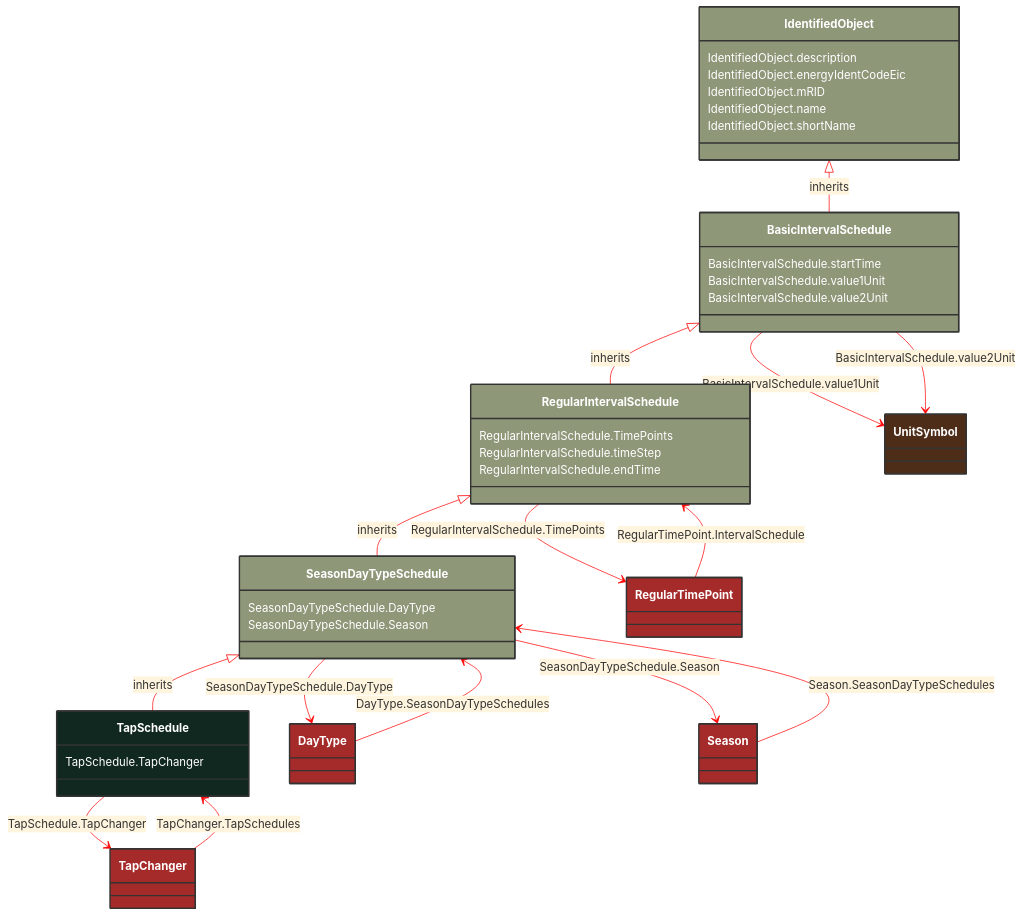
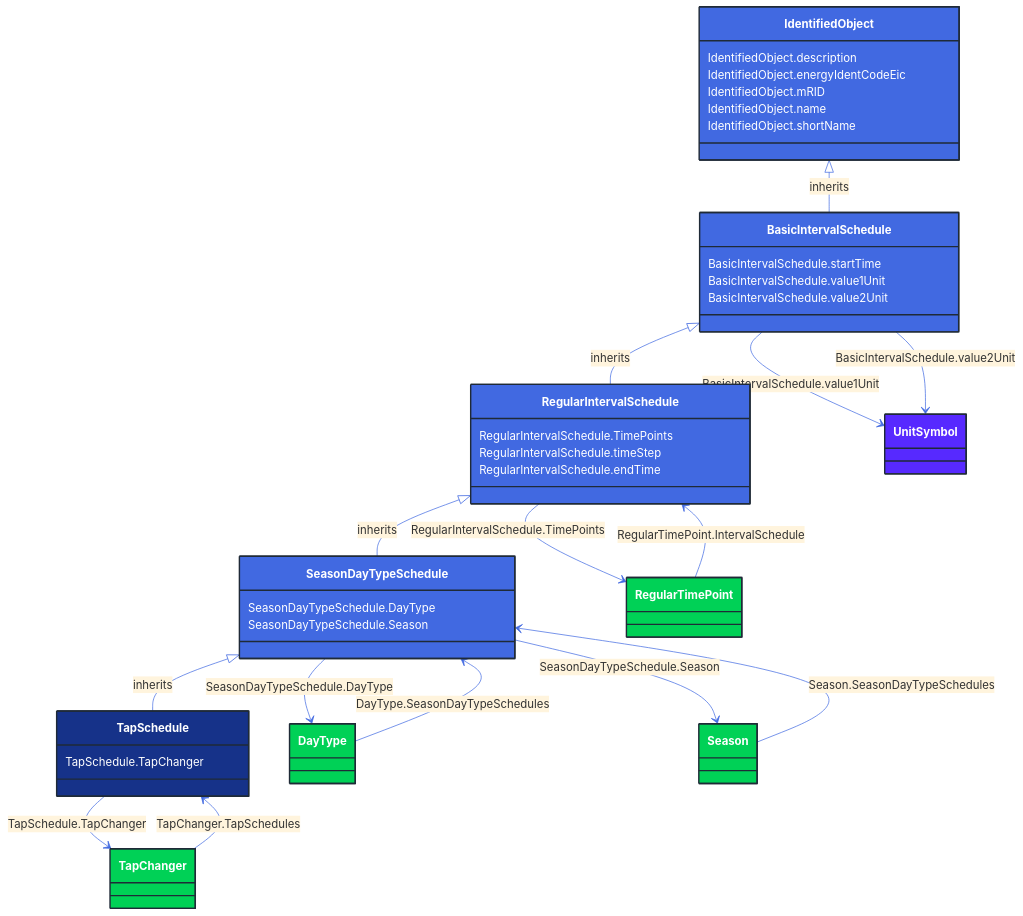
The diagram in docs/Models/Profiles/CoreEquipment/AbstractClasses/TapSchedule.md (3lbits/NoCIMExtensions), drawn with Mermaid before and after one commit. The commit also changed 362 other files, not shown here.

First line of the commit message:
Update diagrams and styles for improved visual consistency

````diff
--- a/docs/Models/Profiles/CoreEquipment/AbstractClasses/TapSchedule.md
+++ b/docs/Models/Profiles/CoreEquipment/AbstractClasses/TapSchedule.md
@@ -10,81 +10,81 @@
 ```mermaid
-%%{init: {'theme':'base','themeVariables': {'lineColor': '#FF0000'}}}%%
+%%{init: {'theme':'base','themeVariables': {'lineColor': '#4169E1'}}}%%
 classDiagram
     class TapSchedule
     click TapSchedule href "/Models/Profiles/CoreEquipment/AbstractClasses/TapSchedule/"
-    style TapSchedule fill:#102820,stroke:#333,stroke-width:2px,rx:10,ry:10,color:white
+    style TapSchedule fill:#163289,stroke:#1F2A37,stroke-width:2px,rx:10,ry:10,color:white
      
         SeasonDayTypeSchedule <|-- TapSchedule : inherits
             click SeasonDayTypeSchedule href "/Models/Profiles/CoreEquipment/AbstractClasses/SeasonDayTypeSchedule/"
-            style SeasonDayTypeSchedule fill:#8F9779,stroke:#333,stroke-width:2px,rx:10,ry:10,color:white
+            style SeasonDayTypeSchedule fill:#4169E1,stroke:#1F2A37,stroke-width:2px,rx:10,ry:10,color:white
      
         RegularIntervalSchedule <|-- SeasonDayTypeSchedule : inherits
             click RegularIntervalSchedule href "/Models/Profiles/CoreEquipment/AbstractClasses/RegularIntervalSchedule/"
-            style RegularIntervalSchedule fill:#8F9779,stroke:#333,stroke-width:2px,rx:10,ry:10,color:white
+            style RegularIntervalSchedule fill:#4169E1,stroke:#1F2A37,stroke-width:2px,rx:10,ry:10,color:white
      
         BasicIntervalSchedule <|-- RegularIntervalSchedule : inherits
             click BasicIntervalSchedule href "/Models/Profiles/CoreEquipment/AbstractClasses/BasicIntervalSchedule/"
-            style BasicIntervalSchedule fill:#8F9779,stroke:#333,stroke-width:2px,rx:10,ry:10,color:white
+            style BasicIntervalSchedule fill:#4169E1,stroke:#1F2A37,stroke-width:2px,rx:10,ry:10,color:white
      
         IdentifiedObject <|-- BasicIntervalSchedule : inherits
             click IdentifiedObject href "/Models/Profiles/CoreEquipment/AbstractClasses/IdentifiedObject/"
-            style IdentifiedObject fill:#8F9779,stroke:#333,stroke-width:2px,rx:10,ry:10,color:white
+            style IdentifiedObject fill:#4169E1,stroke:#1F2A37,stroke-width:2px,rx:10,ry:10,color:white
 
         TapSchedule --> TapChanger : TapSchedule.TapChanger
 
         TapChanger
             click TapChanger href "/Models/Profiles/CoreEquipment/AbstractClasses/TapChanger/"
-            style TapChanger fill:#A52A2A,stroke:#333,stroke-width:2px,rx:10,ry:10,color:white
+            style TapChanger fill:#00D156,stroke:#1F2A37,stroke-width:2px,rx:10,ry:10,color:white
         SeasonDayTypeSchedule --> DayType : SeasonDayTypeSchedule.DayType
 
         DayType
             click DayType href "/Models/Profiles/CoreEquipment/ConcreteClasses/DayType/"
-            style DayType fill:#A52A2A,stroke:#333,stroke-width:2px,rx:10,ry:10,color:white
+            style DayType fill:#00D156,stroke:#1F2A37,stroke-width:2px,rx:10,ry:10,color:white
         SeasonDayTypeSchedule --> Season : SeasonDayTypeSchedule.Season
 
         Season
             click Season href "/Models/Profiles/CoreEquipment/ConcreteClasses/Season/"
-            style Season fill:#A52A2A,stroke:#333,stroke-width:2px,rx:10,ry:10,color:white
+            style Season fill:#00D156,stroke:#1F2A37,stroke-width:2px,rx:10,ry:10,color:white
         RegularIntervalSchedule --> RegularTimePoint : RegularIntervalSchedule.TimePoints
 
         RegularTimePoint
             click RegularTimePoint href "/Models/Profiles/CoreEquipment/ConcreteClasses/RegularTimePoint/"
-            style RegularTimePoint fill:#A52A2A,stroke:#333,stroke-width:2px,rx:10,ry:10,color:white
+            style RegularTimePoint fill:#00D156,stroke:#1F2A37,stroke-width:2px,rx:10,ry:10,color:white
 
         DayType --> SeasonDayTypeSchedule : DayType.SeasonDayTypeSchedules
 
         DayType
             click DayType href "/Models/Profiles/CoreEquipment/ConcreteClasses/DayType/"
-            style DayType fill:#A52A2A,stroke:#333,stroke-width:2px,rx:10,ry:10,color:white
+            style DayType fill:#00D156,stroke:#1F2A37,stroke-width:2px,rx:10,ry:10,color:white
 
         RegularTimePoint --> RegularIntervalSchedule : RegularTimePoint.IntervalSchedule
 
         RegularTimePoint
             click RegularTimePoint href "/Models/Profiles/CoreEquipment/ConcreteClasses/RegularTimePoint/"
-            style RegularTimePoint fill:#A52A2A,stroke:#333,stroke-width:2px,rx:10,ry:10,color:white
+            style RegularTimePoint fill:#00D156,stroke:#1F2A37,stroke-width:2px,rx:10,ry:10,color:white
 
         Season --> SeasonDayTypeSchedule : Season.SeasonDayTypeSchedules
 
         Season
             click Season href "/Models/Profiles/CoreEquipment/ConcreteClasses/Season/"
-            style Season fill:#A52A2A,stroke:#333,stroke-width:2px,rx:10,ry:10,color:white
+            style Season fill:#00D156,stroke:#1F2A37,stroke-width:2px,rx:10,ry:10,color:white
 
         TapChanger --> TapSchedule : TapChanger.TapSchedules
 
         TapChanger
             click TapChanger href "/Models/Profiles/CoreEquipment/AbstractClasses/TapChanger/"
-            style TapChanger fill:#A52A2A,stroke:#333,stroke-width:2px,rx:10,ry:10,color:white
+            style TapChanger fill:#00D156,stroke:#1F2A37,stroke-width:2px,rx:10,ry:10,color:white
 
         BasicIntervalSchedule --> UnitSymbol : BasicIntervalSchedule.value1Unit
 
         UnitSymbol
             click UnitSymbol href "/Models/Profiles/CoreEquipment/Enumerations/UnitSymbol/"
-            style UnitSymbol fill:#4D2D18,stroke:#333,stroke-width:2px,rx:10,ry:10,color:white
+            style UnitSymbol fill:#5729FF,stroke:#1F2A37,stroke-width:2px,rx:10,ry:10,color:white
         BasicIntervalSchedule --> UnitSymbol : BasicIntervalSchedule.value2Unit
 
         UnitSymbol
             click UnitSymbol href "/Models/Profiles/CoreEquipment/Enumerations/UnitSymbol/"
-            style UnitSymbol fill:#4D2D18,stroke:#333,stroke-width:2px,rx:10,ry:10,color:white
+            style UnitSymbol fill:#5729FF,stroke:#1F2A37,stroke-width:2px,rx:10,ry:10,color:white
 
         TapSchedule : TapSchedule.TapChanger
         SeasonDayTypeSchedule : SeasonDayTypeSchedule.DayType
````
